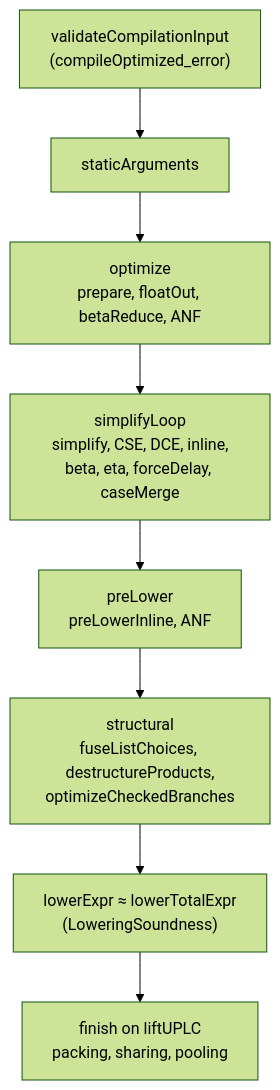
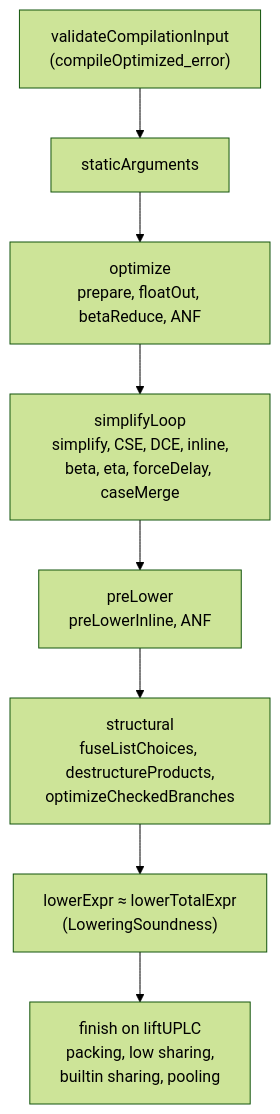
The diagram in docs/MIR-Pipeline-Soundness.md (SeungheonOh/Moist), drawn with Mermaid (forest theme) before and after one commit. The commit also changed other lines of this file and 9 other files, not shown here.

````diff
--- a/docs/MIR-Pipeline-Soundness.md
+++ b/docs/MIR-Pipeline-Soundness.md
@@ -45,10 +45,10 @@
 ```mermaid
 graph TD
   V["validateCompilationInput<br>(compileOptimized_error)"] --> S["staticArguments"]
   S --> O["optimize<br>prepare, floatOut, betaReduce, ANF"]
   O --> L["simplifyLoop<br>simplify, CSE, DCE, inline,<br>beta, eta, forceDelay, caseMerge"]
   L --> P["preLower<br>preLowerInline, ANF"]
   P --> T["structural<br>fuseListChoices, destructureProducts,<br>optimizeCheckedBranches"]
   T --> W["lowerExpr ≈ lowerTotalExpr<br>(LoweringSoundness)"]
-  W --> F["finish on liftUPLC<br>packing, sharing, pooling"]
+  W --> F["finish on liftUPLC<br>packing, low sharing,<br>builtin sharing, pooling"]
 ```
````
